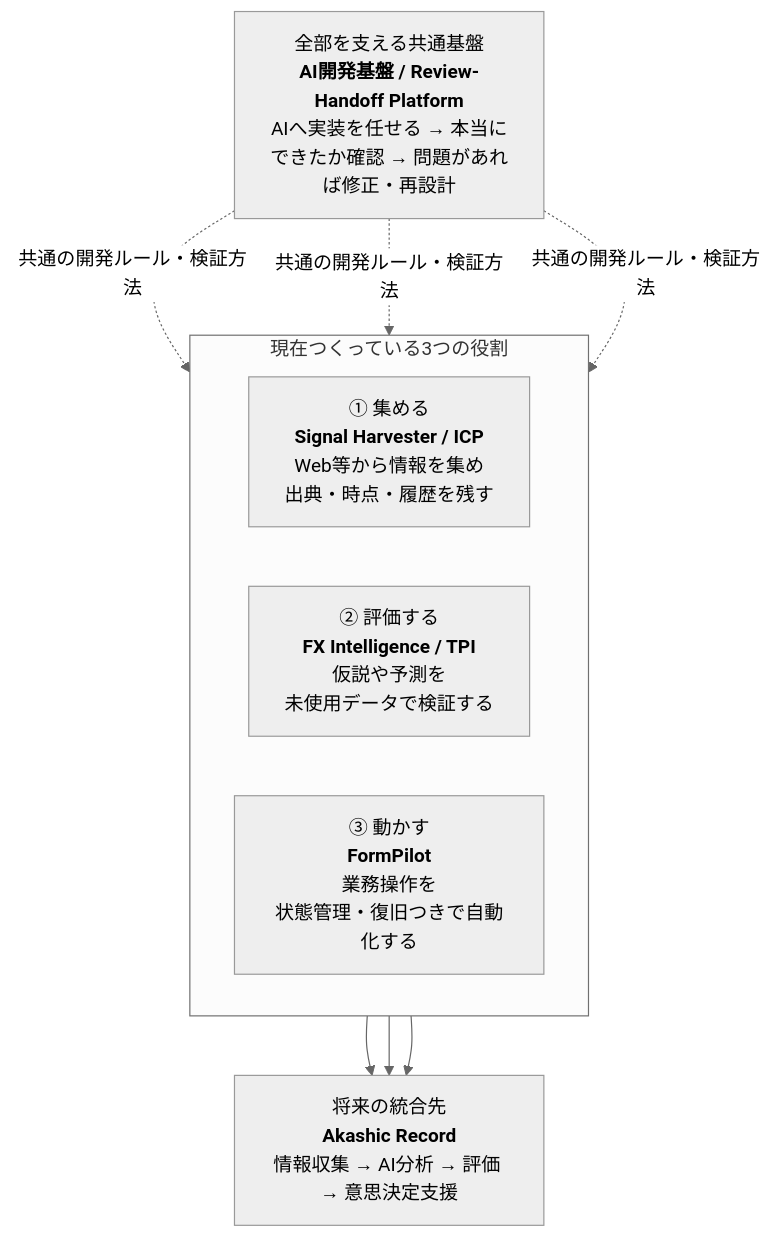
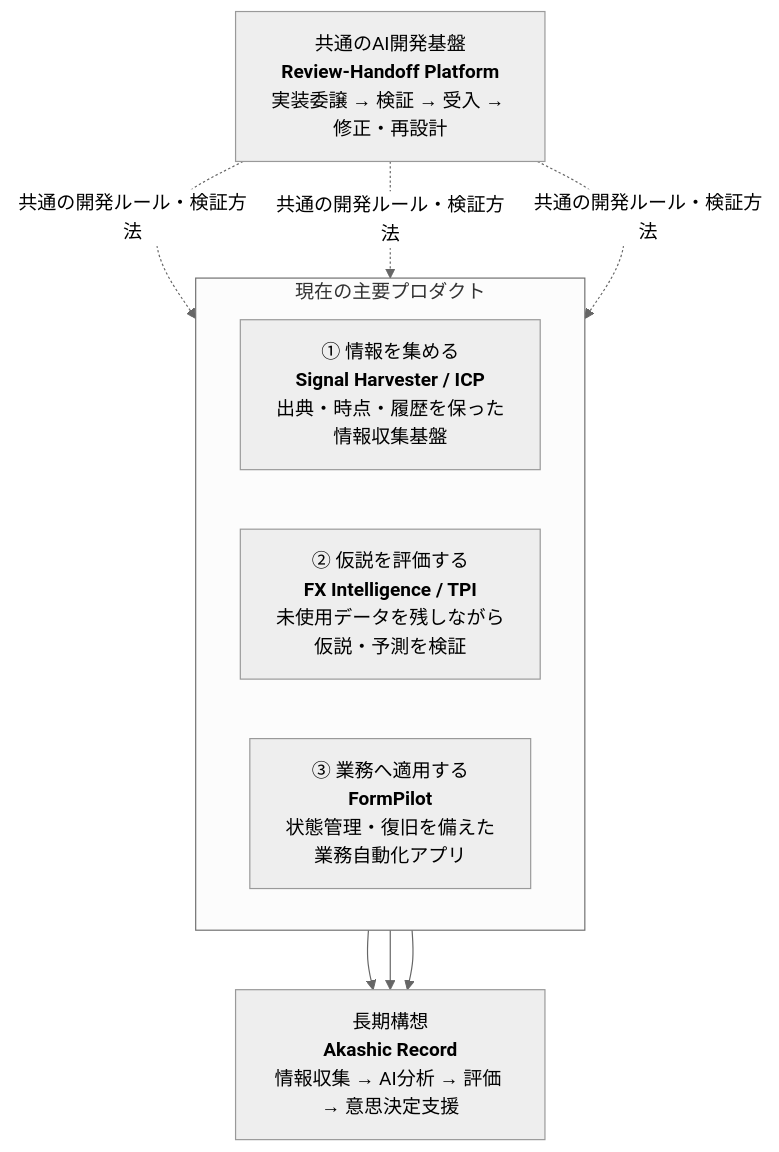
One commit to hiromi1992/ai-engineering-portfolio changed the diagram in README.md. Above: the diagram before and after it, drawn with Mermaid (neutral theme). The commit also changed other lines of this file, not shown here.

````diff
--- a/README.md
+++ b/README.md
@@ -42,22 +16,22 @@
 ```mermaid
 flowchart TB
 
-    A["将来の統合先<br/><b>Akashic Record</b><br/>情報収集 → AI分析 → 評価 → 意思決定支援"]
+    A["長期構想<br/><b>Akashic Record</b><br/>情報収集 → AI分析 → 評価 → 意思決定支援"]
 
-    subgraph NOW["現在つくっている3つの役割"]
+    subgraph NOW["現在の主要プロダクト"]
       direction LR
-      B["① 集める<br/><b>Signal Harvester / ICP</b><br/>Web等から情報を集め<br/>出典・時点・履歴を残す"]
-      C["② 評価する<br/><b>FX Intelligence / TPI</b><br/>仮説や予測を<br/>未使用データで検証する"]
-      D["③ 動かす<br/><b>FormPilot</b><br/>業務操作を<br/>状態管理・復旧つきで自動化する"]
+      B["① 情報を集める<br/><b>Signal Harvester / ICP</b><br/>出典・時点・履歴を保った<br/>情報収集基盤"]
+      C["② 仮説を評価する<br/><b>FX Intelligence / TPI</b><br/>未使用データを残しながら<br/>仮説・予測を検証"]
+      D["③ 業務へ適用する<br/><b>FormPilot</b><br/>状態管理・復旧を備えた<br/>業務自動化アプリ"]
     end
 
-    E["全部を支える共通基盤<br/><b>AI開発基盤 / Review-Handoff Platform</b><br/>AIへ実装を任せる → 本当にできたか確認 → 問題があれば修正・再設計"]
+    E["共通のAI開発基盤<br/><b>Review-Handoff Platform</b><br/>実装委譲 → 検証 → 受入 → 修正・再設計"]
 
     B --> A
     C --> A
     D --> A
 
     E -. "共通の開発ルール・検証方法" .-> B
     E -. "共通の開発ルール・検証方法" .-> C
     E -. "共通の開発ルール・検証方法" .-> D
 ```
````
